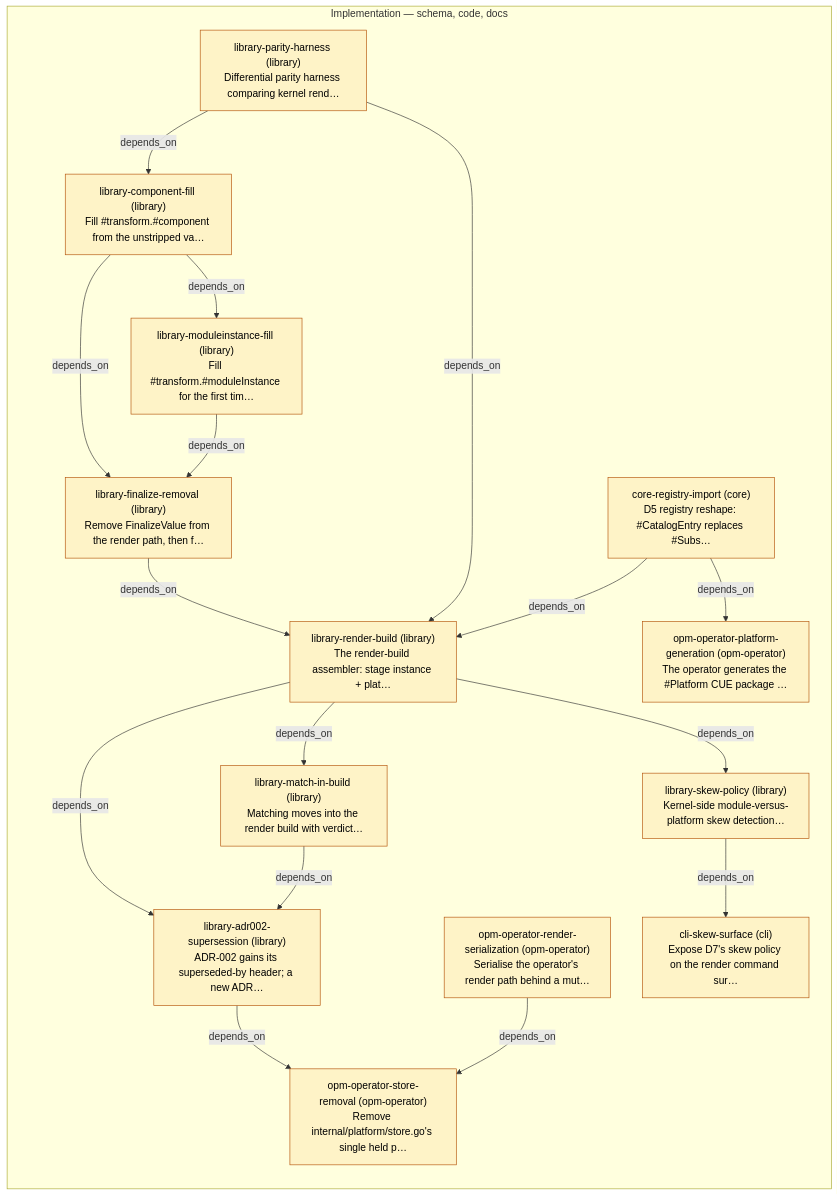
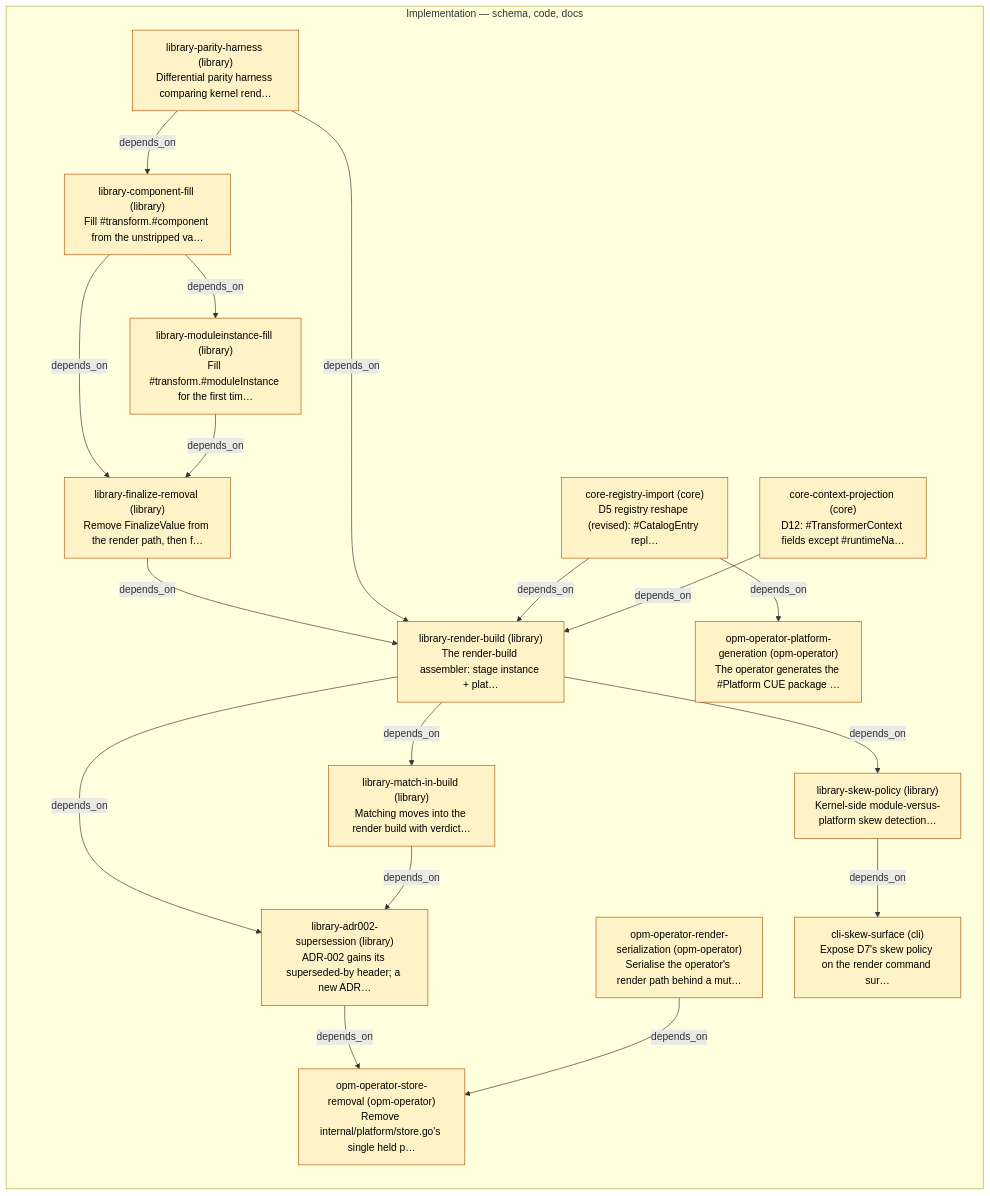
The diagram in 0019/PLAN.md (open-platform-model/enhancements), drawn with Mermaid before and after one commit. The commit also changed other lines of this file and 7 other files, not shown here.

````diff
--- a/0019/PLAN.md
+++ b/0019/PLAN.md
@@ -5,40 +5,42 @@
 ```mermaid
 graph LR
   classDef planned     fill:#fef3c7,stroke:#b45309,color:#000
   classDef in_progress fill:#dbeafe,stroke:#1d4ed8,color:#000
   classDef done        fill:#dcfce7,stroke:#15803d,color:#000
   classDef cancelled   fill:#e5e7eb,stroke:#6b7280,color:#6b7280
   classDef other       fill:#fafafa,stroke:#9ca3af,color:#6b7280,stroke-dasharray:3 3
 
   subgraph PHASE_IMPL["Implementation — schema, code, docs"]
     S_library-parity-harness["library-parity-harness (library)\nDifferential parity harness comparing kernel rend…"]:::planned
     S_library-component-fill["library-component-fill (library)\nFill #transform.#component from the unstripped va…"]:::planned
     S_library-moduleinstance-fill["library-moduleinstance-fill (library)\nFill #transform.#moduleInstance for the first tim…"]:::planned
     S_library-finalize-removal["library-finalize-removal (library)\nRemove FinalizeValue from the render path, then f…"]:::planned
     S_opm-operator-render-serialization["opm-operator-render-serialization (opm-operator)\nSerialise the operator's render path behind a mut…"]:::planned
-    S_core-registry-import["core-registry-import (core)\nD5 registry reshape: #CatalogEntry replaces #Subs…"]:::planned
+    S_core-registry-import["core-registry-import (core)\nD5 registry reshape (revised): #CatalogEntry repl…"]:::planned
+    S_core-context-projection["core-context-projection (core)\nD12: #TransformerContext fields except #runtimeNa…"]:::planned
     S_library-render-build["library-render-build (library)\nThe render-build assembler: stage instance + plat…"]:::planned
     S_library-match-in-build["library-match-in-build (library)\nMatching moves into the render build with verdict…"]:::planned
     S_library-skew-policy["library-skew-policy (library)\nKernel-side module-versus-platform skew detection…"]:::planned
     S_library-adr002-supersession["library-adr002-supersession (library)\nADR-002 gains its superseded-by header; a new ADR…"]:::planned
     S_opm-operator-store-removal["opm-operator-store-removal (opm-operator)\nRemove internal/platform/store.go's single held p…"]:::planned
     S_opm-operator-platform-generation["opm-operator-platform-generation (opm-operator)\nThe operator generates the #Platform CUE package …"]:::planned
     S_cli-skew-surface["cli-skew-surface (cli)\nExpose D7's skew policy on the render command sur…"]:::planned
   end
 
   S_library-parity-harness -->|depends_on| S_library-component-fill
   S_library-component-fill -->|depends_on| S_library-moduleinstance-fill
   S_library-component-fill -->|depends_on| S_library-finalize-removal
   S_library-moduleinstance-fill -->|depends_on| S_library-finalize-removal
   S_library-finalize-removal -->|depends_on| S_library-render-build
   S_library-parity-harness -->|depends_on| S_library-render-build
   S_core-registry-import -->|depends_on| S_library-render-build
+  S_core-context-projection -->|depends_on| S_library-render-build
   S_library-render-build -->|depends_on| S_library-match-in-build
   S_library-render-build -->|depends_on| S_library-skew-policy
   S_library-render-build -->|depends_on| S_library-adr002-supersession
   S_library-match-in-build -->|depends_on| S_library-adr002-supersession
   S_library-adr002-supersession -->|depends_on| S_opm-operator-store-removal
   S_opm-operator-render-serialization -->|depends_on| S_opm-operator-store-removal
   S_core-registry-import -->|depends_on| S_opm-operator-platform-generation
   S_library-skew-policy -->|depends_on| S_cli-skew-surface
 ```
````
